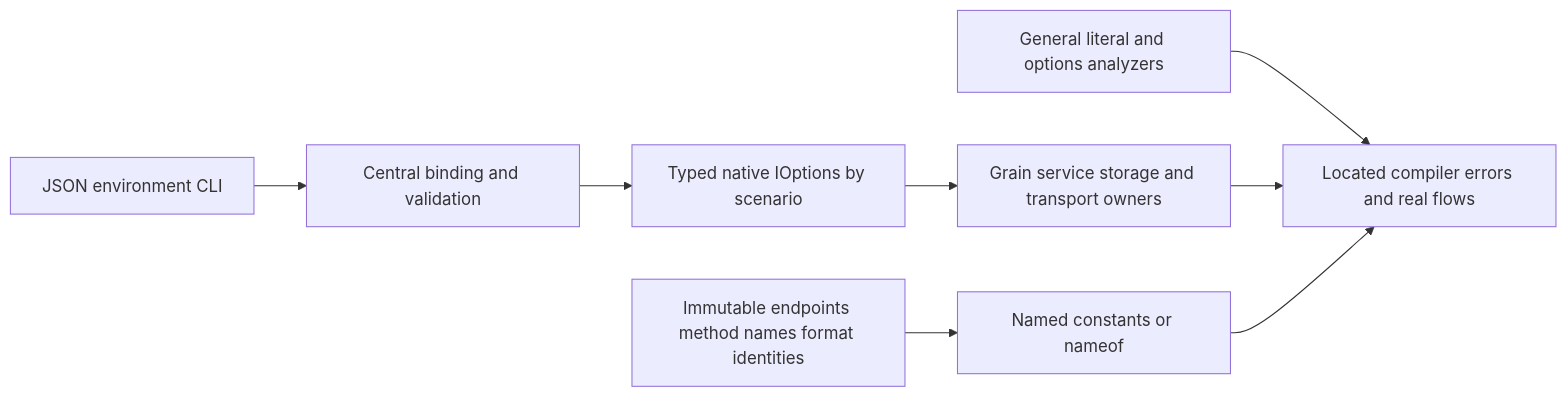
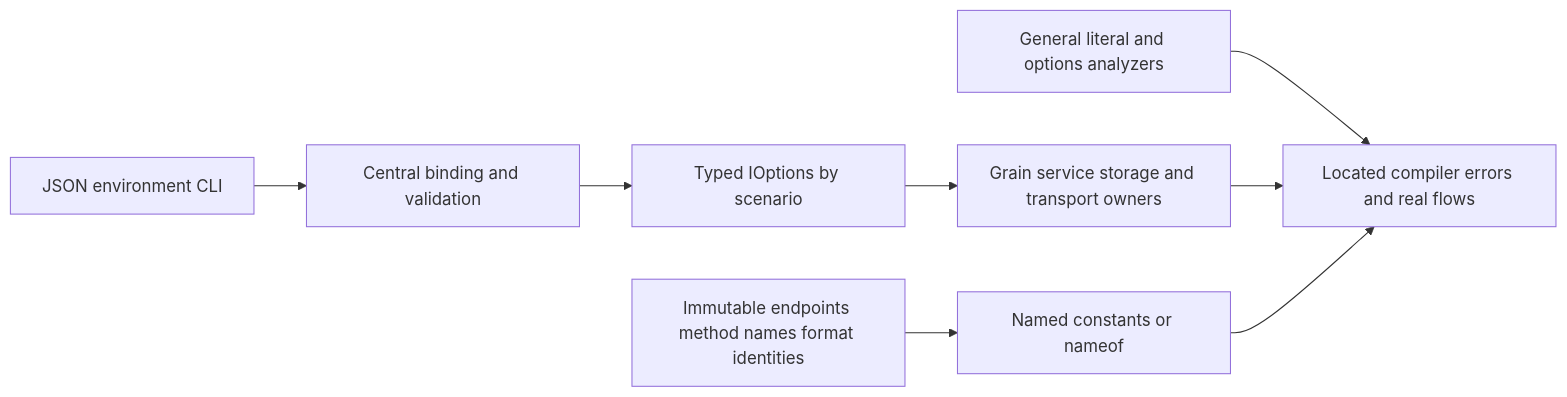
The diagram in docs/ADR/ADR-113-centralized-runtime-options.md (managedcode/KeyLoad), drawn with Mermaid before and after one commit. The commit also changed other lines of this file and 9016 other files, not shown here.

````diff
--- a/docs/ADR/ADR-113-centralized-runtime-options.md
+++ b/docs/ADR/ADR-113-centralized-runtime-options.md
@@ -86,10 +86,10 @@
 ```mermaid
 flowchart LR
     Sources[JSON environment CLI] --> Binding[Central binding and validation]
-    Binding --> Options[Typed native IOptions by scenario]
+    Binding --> Options[Typed IOptions by scenario]
     Options --> Owners[Grain service storage and transport owners]
     Tokens[Immutable endpoints method names format identities] --> Constants[Named constants or nameof]
     Rules[General literal and options analyzers] --> Gates[Located compiler errors and real flows]
     Owners --> Gates
     Constants --> Gates
 ```
````
